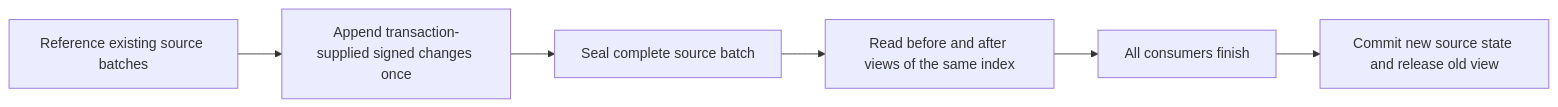
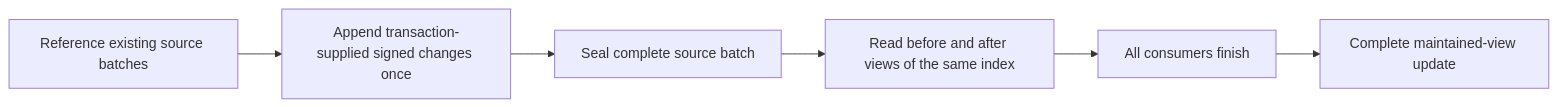
One commit to alicia-lyu/feldera changed the second of 2 diagrams in docs/design/merged-index/README.md. Above: the diagram before and after it, drawn with Mermaid. The commit also changed other lines of this file and 3 other files, not shown here.

````diff
--- a/docs/design/merged-index/README.md
+++ b/docs/design/merged-index/README.md
@@ -314,8 +307,8 @@
 ```mermaid
 flowchart LR
     S[Reference existing source batches] --> P[Append transaction-supplied signed changes once]
     P --> N[Seal complete source batch]
     N --> R[Read before and after views of the same index]
     R --> F[All consumers finish]
-    F --> C[Commit new source state and release old view]
+    F --> C[Complete maintained-view update]
 ```
````
